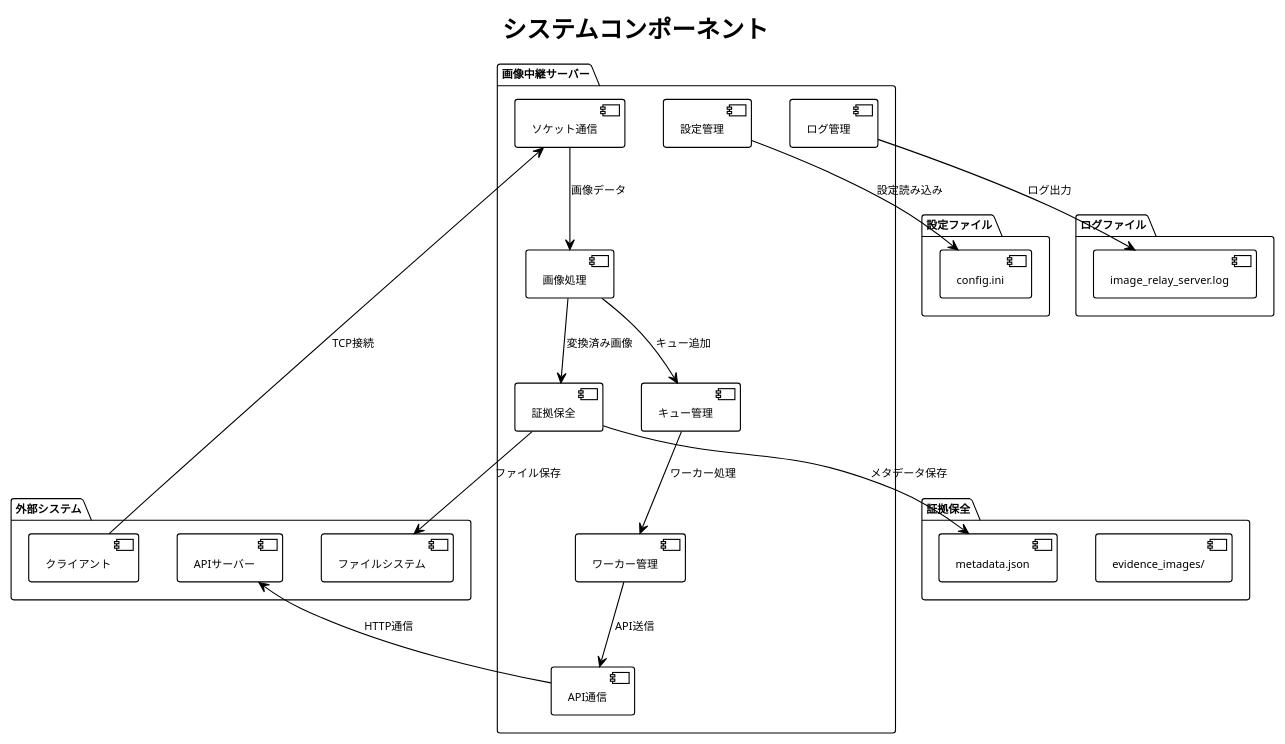
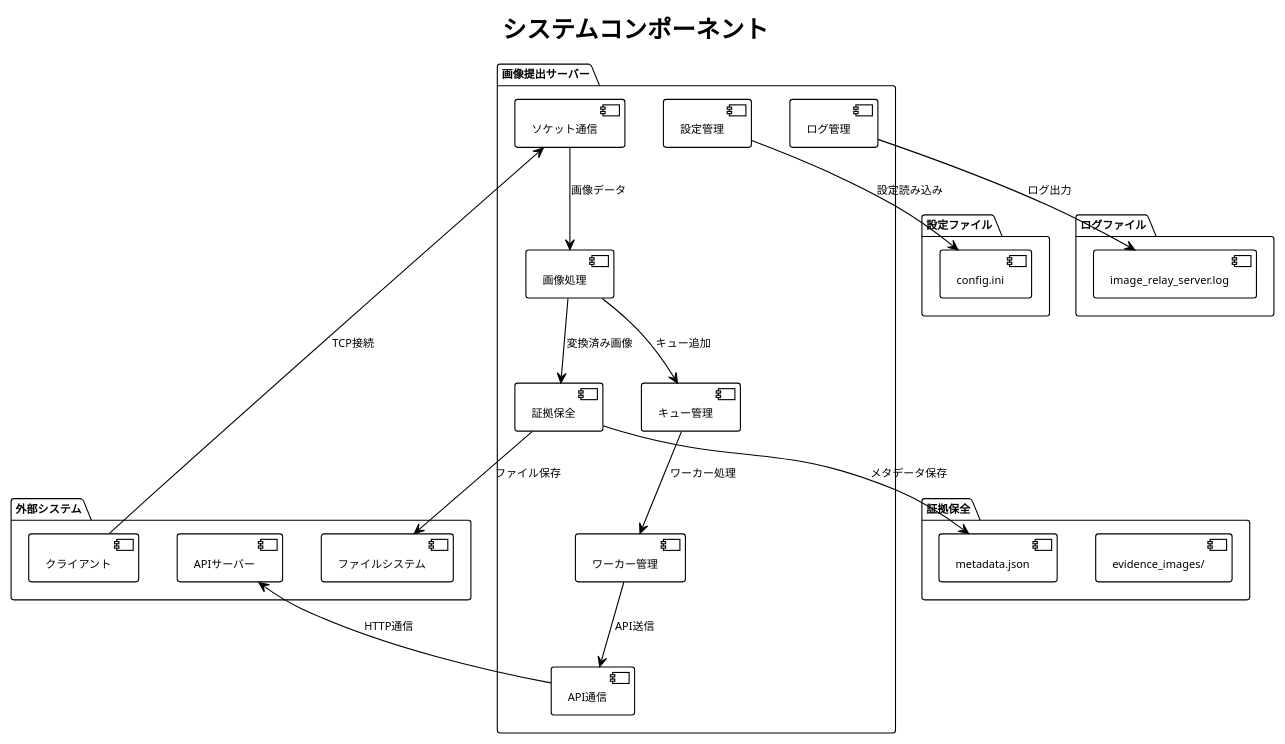
Before and after one commit to mhikichi-nkhs-gmail/opencv_monitor: the sixth of 6 diagrams in recv_img/DESIGN.puml, drawn with PlantUML. The commit also changed other lines of this file and 6 other files, not shown here.

Commit message:
システム名称を「画像中継サーバー」から「画像提出サーバー」に変更

```diff
--- a/recv_img/DESIGN.puml
+++ b/recv_img/DESIGN.puml
@@ -255,54 +255,54 @@
 @startuml コンポーネント図
 
 !theme plain
 skinparam backgroundColor #FFFFFF
 skinparam defaultFontName "MS Gothic"
 skinparam defaultFontSize 10
 
 title システムコンポーネント
 
-package "画像中継サーバー" {
+package "画像提出サーバー" {
     [設定管理] as Config
     [ソケット通信] as Socket
     [画像処理] as Image
     [証拠保全] as Evidence
     [API通信] as API
     [ログ管理] as Log
     [キュー管理] as Queue
     [ワーカー管理] as Worker
 }
 
 package "外部システム" {
     [クライアント] as Client
     [APIサーバー] as APIServer
     [ファイルシステム] as FileSystem
 }
 
 package "設定ファイル" {
     [config.ini] as ConfigFile
 }
 
 package "ログファイル" {
     [image_relay_server.log] as LogFile
 }
 
 package "証拠保全" {
     [evidence_images/] as EvidenceDir
     [metadata.json] as MetadataFile
 }
 
 Client --> Socket : TCP接続
 Socket --> Image : 画像データ
 Image --> Evidence : 変換済み画像
 Evidence --> FileSystem : ファイル保存
 Evidence --> MetadataFile : メタデータ保存
 
 Config --> ConfigFile : 設定読み込み
 Log --> LogFile : ログ出力
 
 Image --> Queue : キュー追加
 Queue --> Worker : ワーカー処理
 Worker --> API : API送信
 API --> APIServer : HTTP通信
 
 @enduml
```
